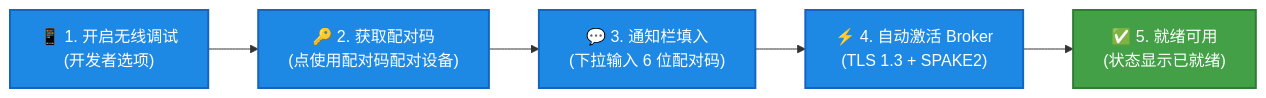
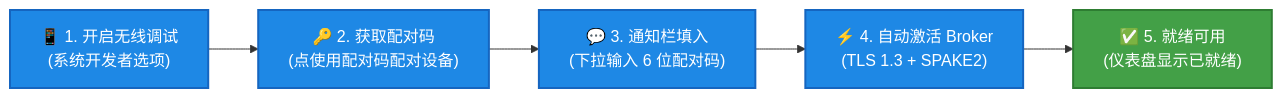
The second of 5 diagrams in README.md (LianXia233/android-privilege-broker), drawn with Mermaid before and after one commit. The commit also changed other lines of this file and 1 other file, not shown here.

````diff
--- a/README.md
+++ b/README.md
@@ -103,12 +196,12 @@
 ```mermaid
 flowchart LR
-    A["📱 1. 开启无线调试<br/>(开发者选项)"] --> B["🔑 2. 获取配对码<br/>(点使用配对码配对设备)"]
+    A["📱 1. 开启无线调试<br/>(系统开发者选项)"] --> B["🔑 2. 获取配对码<br/>(点使用配对码配对设备)"]
     B --> C["💬 3. 通知栏填入<br/>(下拉输入 6 位配对码)"]
     C --> D["⚡ 4. 自动激活 Broker<br/>(TLS 1.3 + SPAKE2)"]
-    D --> E["✅ 5. 就绪可用<br/>(状态显示已就绪)"]
+    D --> E["✅ 5. 就绪可用<br/>(仪表盘显示已就绪)"]
 
     classDef step fill:#1e88e5,stroke:#1565c0,stroke-width:2px,color:#fff;
     classDef finish fill:#43a047,stroke:#2e7d32,stroke-width:2px,color:#fff;
     class A,B,C,D step;
     class E finish;
 ```
````
